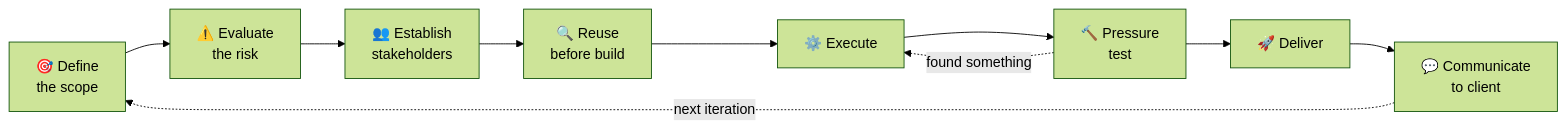
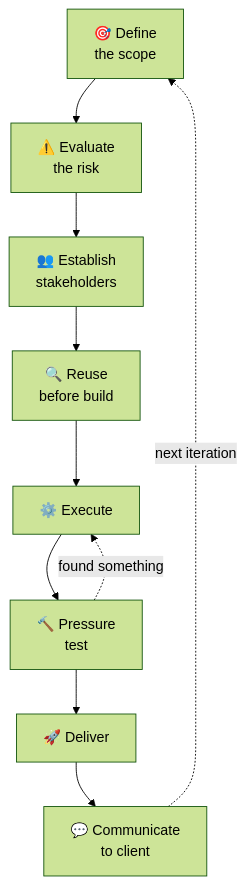
Before and after one commit to Alex90Jennings/Alex90Jennings: the second of 2 diagrams in README.md, drawn with Mermaid (forest theme). The commit also changed other lines of this file, not shown here.

First line of the commit message:
Bring back a high-level architecture diagram, and run the delivery loop top to bottom

````diff
--- a/README.md
+++ b/README.md
@@ -412,12 +433,12 @@
 ```mermaid
-flowchart LR
+flowchart TD
     A["🎯 Define<br/>the scope"] --> B["⚠️ Evaluate<br/>the risk"]
     B --> C["👥 Establish<br/>stakeholders"]
     C --> R["🔍 Reuse<br/>before build"]
     R --> D["⚙️ Execute"]
     D --> E["🔨 Pressure<br/>test"]
     E --> F["🚀 Deliver"]
     F --> G["💬 Communicate<br/>to client"]
     E -.->|"found something"| D
     G -.->|"next iteration"| A
 ```
````
